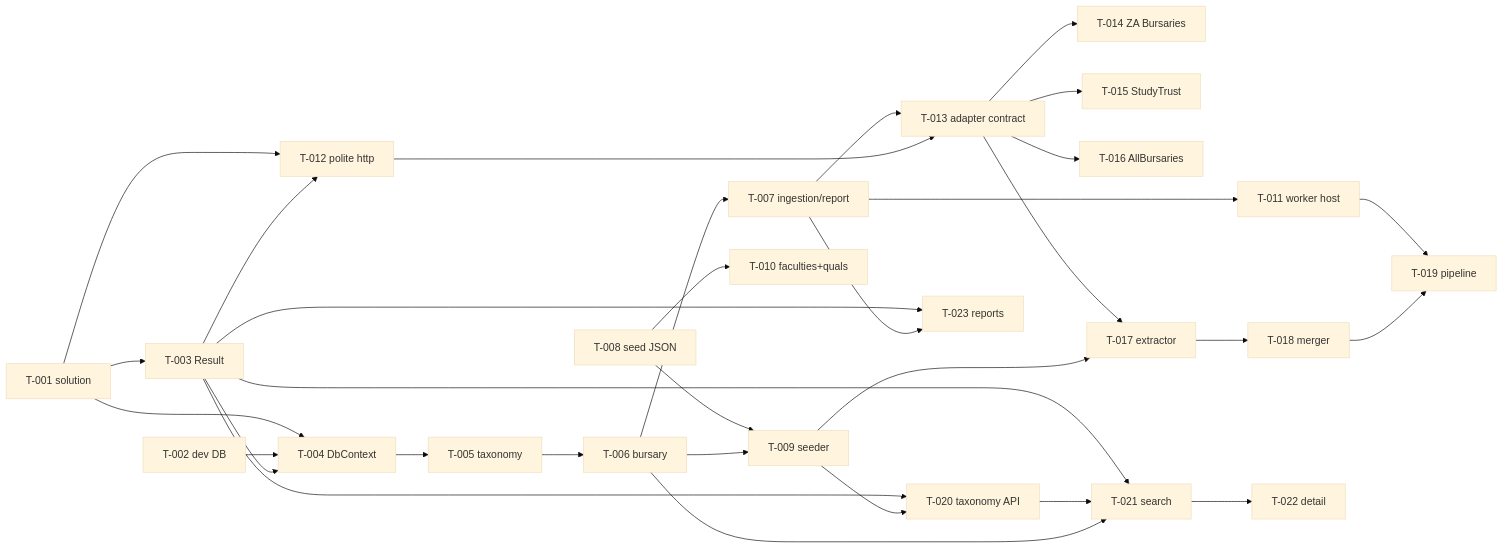
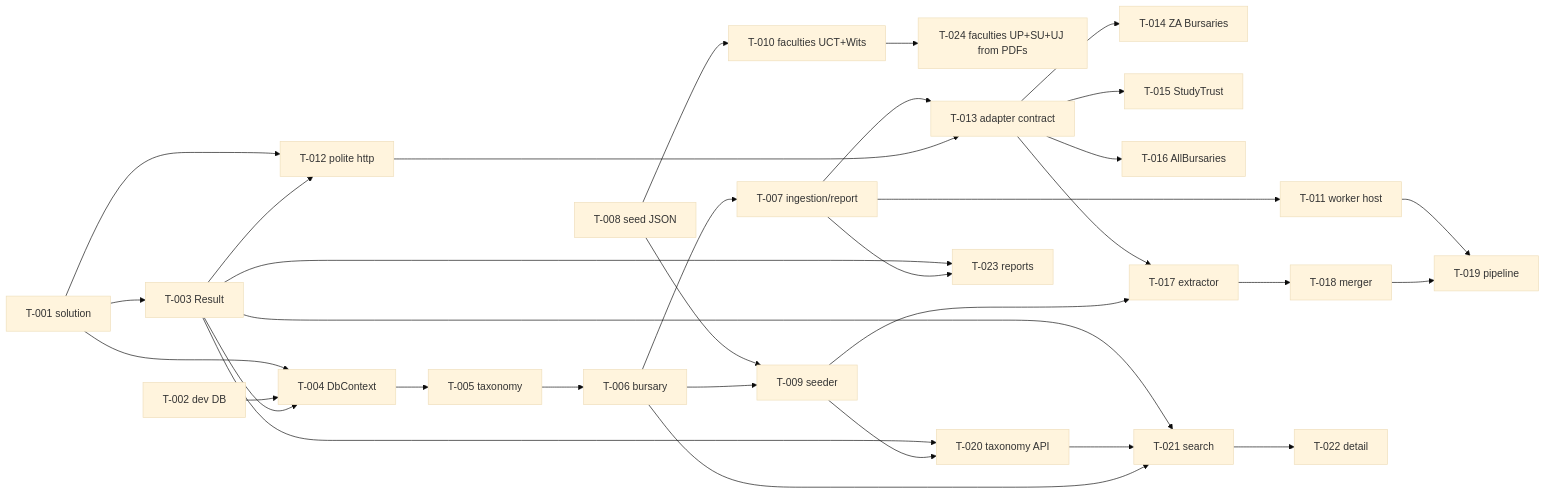
One commit to cssedi/getabursary changed the diagram in tasks/README.md. Above: the diagram before and after it, drawn with Mermaid (base theme). The commit also changed 3 other files, not shown here.

First line of the commit message:
docs(tasks): narrow T-010 to UCT+Wits; add T-024 (UP/SU/UJ from prospectus PDFs)

````diff
--- a/tasks/README.md
+++ b/tasks/README.md
@@ -27,34 +27,35 @@
 ```mermaid
 graph LR
   T001[T-001 solution] --> T003[T-003 Result]
   T001 --> T004[T-004 DbContext]
   T002[T-002 dev DB] --> T004
   T003 --> T004
   T004 --> T005[T-005 taxonomy]
   T005 --> T006[T-006 bursary]
   T006 --> T007[T-007 ingestion/report]
   T008[T-008 seed JSON] --> T009[T-009 seeder]
   T006 --> T009
-  T008 --> T010[T-010 faculties+quals]
+  T008 --> T010[T-010 faculties UCT+Wits]
+  T010 --> T024[T-024 faculties UP+SU+UJ from PDFs]
   T007 --> T011[T-011 worker host]
   T001 --> T012[T-012 polite http]
   T003 --> T012
   T007 --> T013[T-013 adapter contract]
   T012 --> T013
   T013 --> T014[T-014 ZA Bursaries]
   T013 --> T015[T-015 StudyTrust]
   T013 --> T016[T-016 AllBursaries]
   T013 --> T017[T-017 extractor]
   T009 --> T017
   T017 --> T018[T-018 merger]
   T011 --> T019[T-019 pipeline]
   T018 --> T019
   T003 --> T020[T-020 taxonomy API]
   T009 --> T020
   T003 --> T021[T-021 search]
   T020 --> T021
   T006 --> T021
   T021 --> T022[T-022 detail]
   T003 --> T023[T-023 reports]
   T007 --> T023
 ```
````
